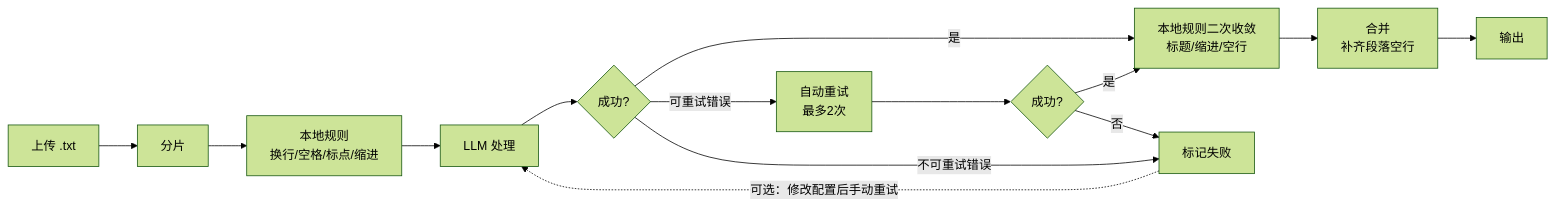
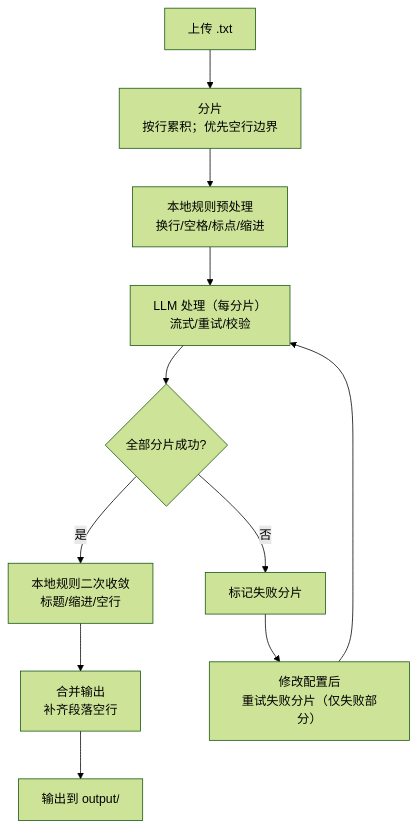
Before and after one commit to makoMakoGo/novel-proofer: the diagram in README.md, drawn with Mermaid (forest theme). The commit also changed other lines of this file and 2 other files, not shown here.

````diff
--- a/README.md
+++ b/README.md
@@ -54,15 +44,13 @@
 ```mermaid
-flowchart LR
-    A[上传 .txt] --> B[分片] --> C[本地规则<br/>换行/空格/标点/缩进]
-    C --> E[LLM 处理]
-    E --> H{成功?}
+flowchart TD
+    A[上传 .txt] --> B[分片<br/>按行累积；优先空行边界]
+    B --> C[本地规则预处理<br/>换行/空格/标点/缩进]
+    C --> E[LLM 处理（每分片）<br/>流式/重试/校验]
+    E --> H{全部分片成功?}
     H -->|是| P[本地规则二次收敛<br/>标题/缩进/空行]
-    P --> F[合并<br/>补齐段落空行]
-    H -->|可重试错误| R[自动重试<br/>最多2次]
-    R --> H2{成功?}
-    H2 -->|是| P
-    H2 -->|否| M[标记失败]
-    H -->|不可重试错误| M
-    M -.->|可选：修改配置后手动重试| E
-    F --> G[输出]
+    P --> F[合并输出<br/>补齐段落空行]
+    F --> G[输出到 output/]
+    H -->|否| M[标记失败分片]
+    M --> R[修改配置后<br/>重试失败分片（仅失败部分）]
+    R --> E
 ```
````
